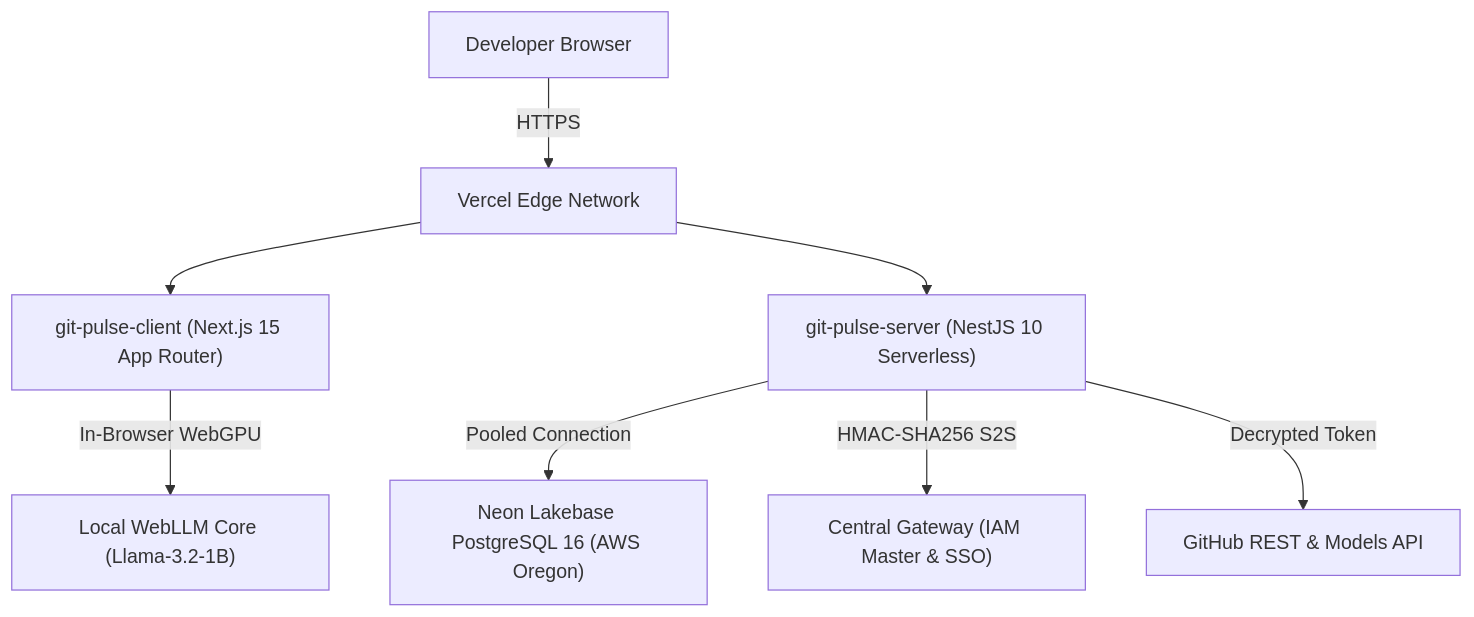
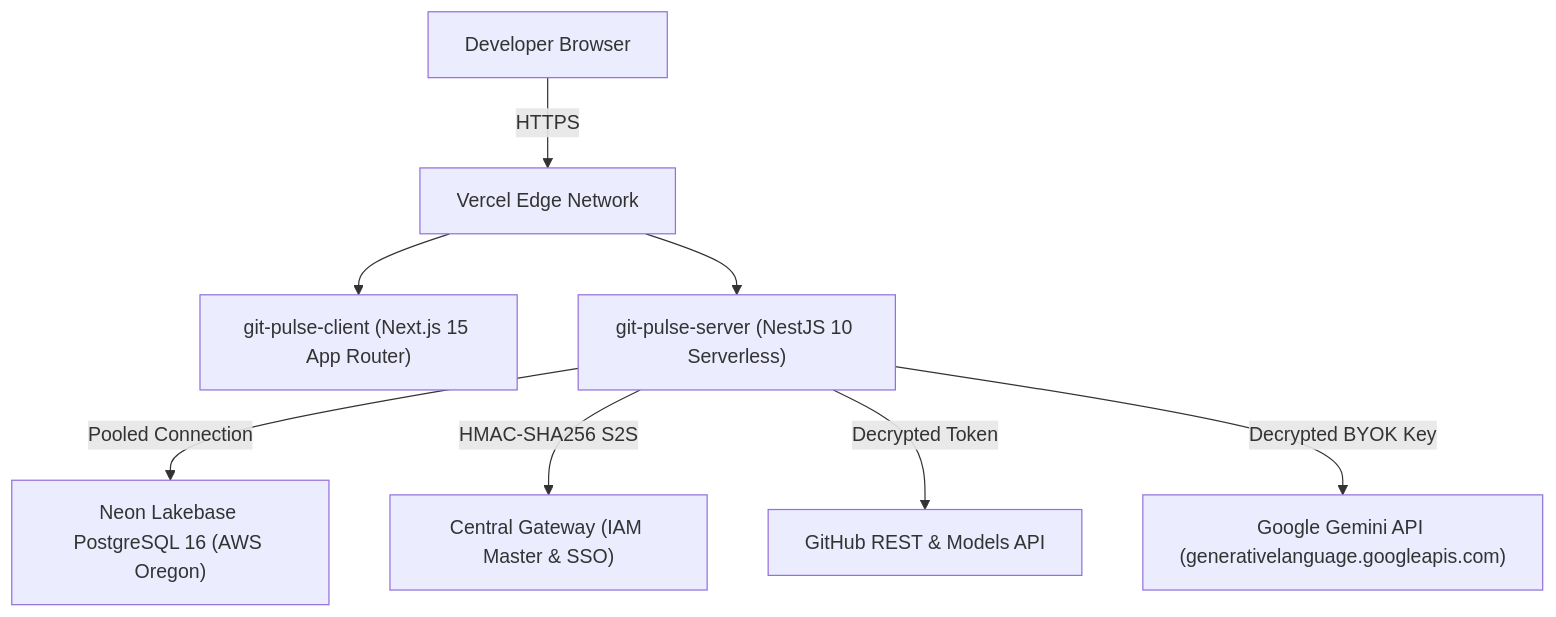
The diagram in README.md (thanhba0505/git-pulse), drawn with Mermaid before and after one commit. The commit also changed other lines of this file and 25 other files, not shown here.

Commit message:
feat(ai): replace WebLLM with select-driven AI provider console, Gemini BYOK vault, and live availability check

````diff
--- a/README.md
+++ b/README.md
@@ -54,10 +54,10 @@
 ```mermaid
 graph TD
     Developer["Developer Browser"] -->|HTTPS| VercelEdge["Vercel Edge Network"]
     VercelEdge --> ClientApp["git-pulse-client (Next.js 15 App Router)"]
     VercelEdge --> ServerAPI["git-pulse-server (NestJS 10 Serverless)"]
     ServerAPI -->|Pooled Connection| NeonDB["Neon Lakebase PostgreSQL 16 (AWS Oregon)"]
     ServerAPI -->|HMAC-SHA256 S2S| Gateway["Central Gateway (IAM Master & SSO)"]
-    ClientApp -->|In-Browser WebGPU| WebLLM["Local WebLLM Core (Llama-3.2-1B)"]
     ServerAPI -->|Decrypted Token| GitHubAPI["GitHub REST & Models API"]
+    ServerAPI -->|Decrypted BYOK Key| GeminiAPI["Google Gemini API (generativelanguage.googleapis.com)"]
 ```
````
